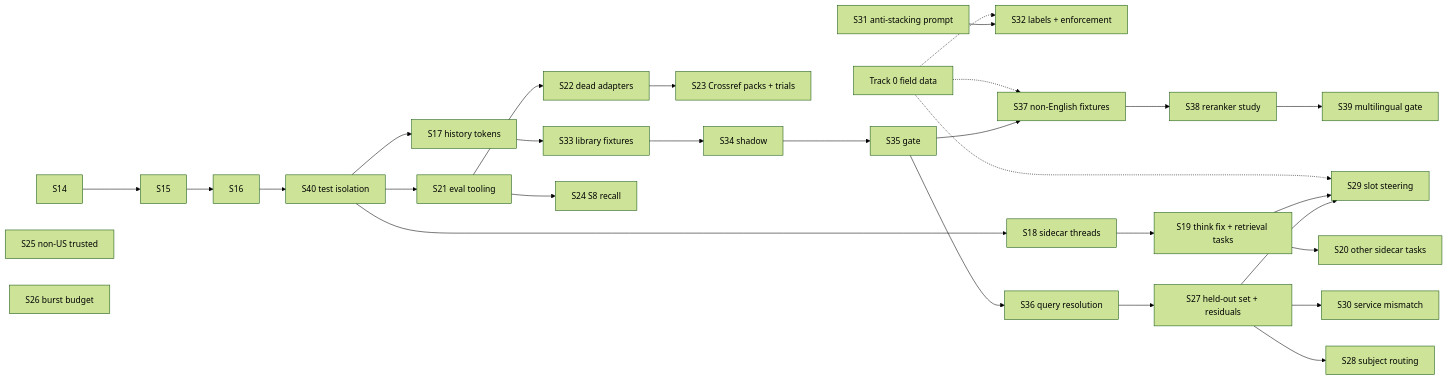
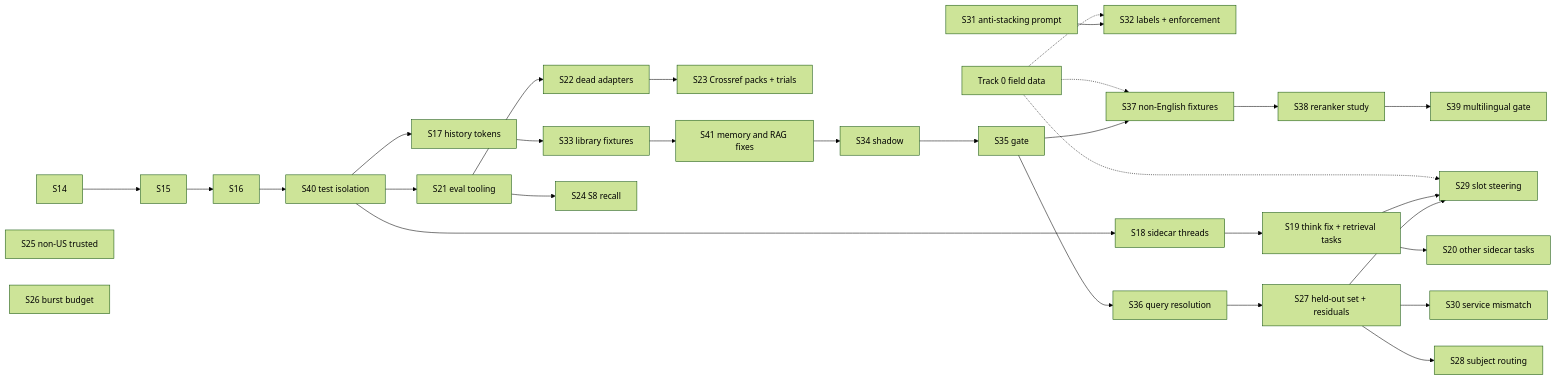
One commit to dagaza/Qube changed the diagram in docs/knowledge_retrieval_followups.md. Above: the diagram before and after it, drawn with Mermaid (forest theme). The commit also changed other lines of this file and 26 other files, not shown here.

First line of the commit message:
Knowledge-retrieval follow-ups, S33: library and memory fixtures, replay harness and baselines on three embedders (V63–V68, D42, D43)

````diff
--- a/docs/knowledge_retrieval_followups.md
+++ b/docs/knowledge_retrieval_followups.md
@@ -83,20 +83,20 @@
 ```mermaid
 flowchart LR
   T0[Track 0 field data] -.-> S29
   T0 -.-> S32
   T0 -.-> S37
   S14 --> S15 --> S16
   S16 --> S40[S40 test isolation] --> S17[S17 history tokens]
   S40 --> S18[S18 sidecar threads] --> S19[S19 think fix + retrieval tasks] --> S20[S20 other sidecar tasks]
   S40 --> S21[S21 eval tooling] --> S22[S22 dead adapters] --> S23[S23 Crossref packs + trials]
-  S17 --> S33[S33 library fixtures] --> S34[S34 shadow] --> S35[S35 gate] --> S36[S36 query resolution]
+  S17 --> S33[S33 library fixtures] --> S41[S41 memory and RAG fixes] --> S34[S34 shadow] --> S35[S35 gate] --> S36[S36 query resolution]
   S36 --> S27[S27 held-out set + residuals] --> S28[S28 subject routing]
   S19 --> S29[S29 slot steering]
   S27 --> S29
   S27 --> S30[S30 service mismatch]
   S31[S31 anti-stacking prompt] --> S32[S32 labels + enforcement]
   S21 --> S24[S24 S8 recall]
   S25[S25 non-US trusted]
   S26[S26 burst budget]
   S35 --> S37[S37 non-English fixtures] --> S38[S38 reranker study] --> S39[S39 multilingual gate]
 ```
````
